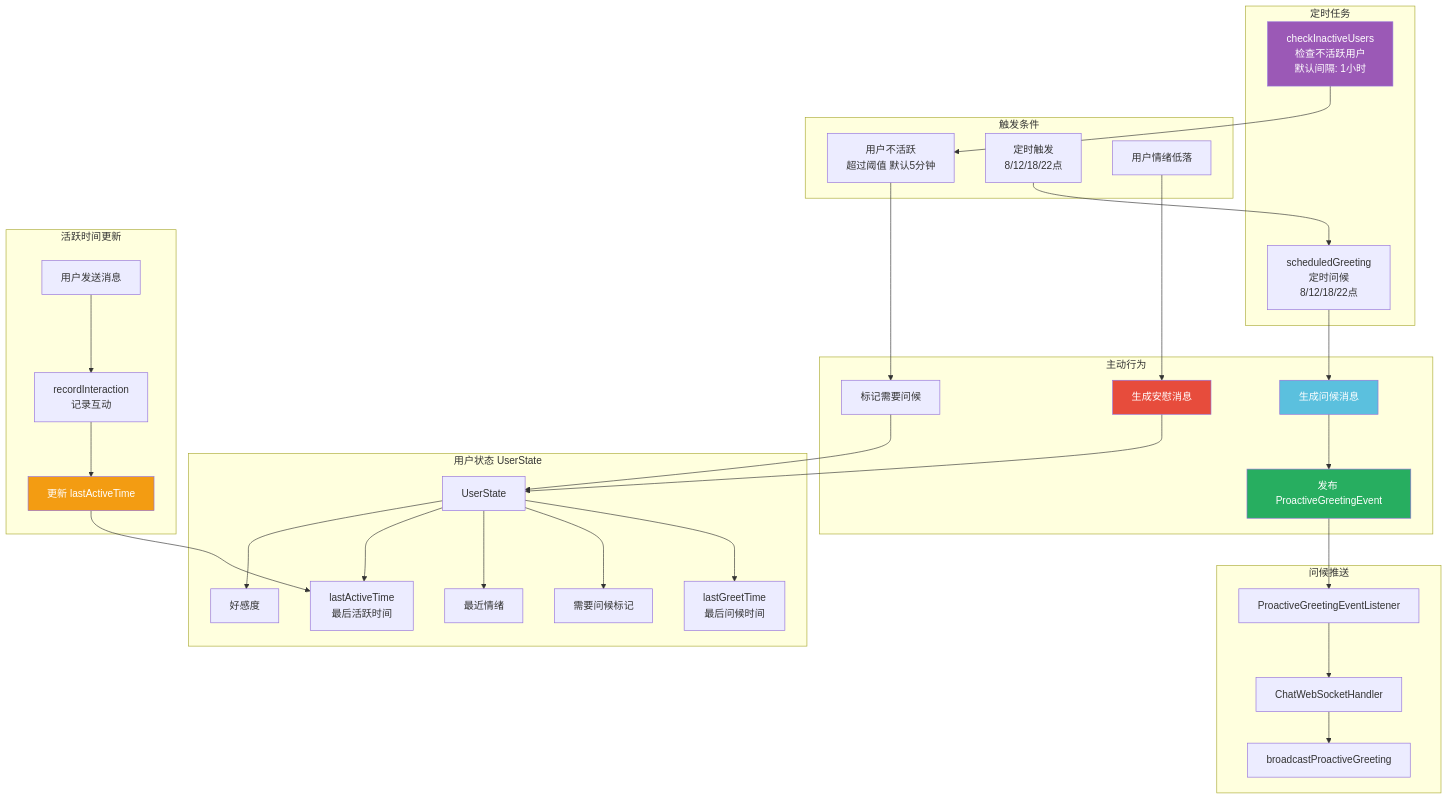
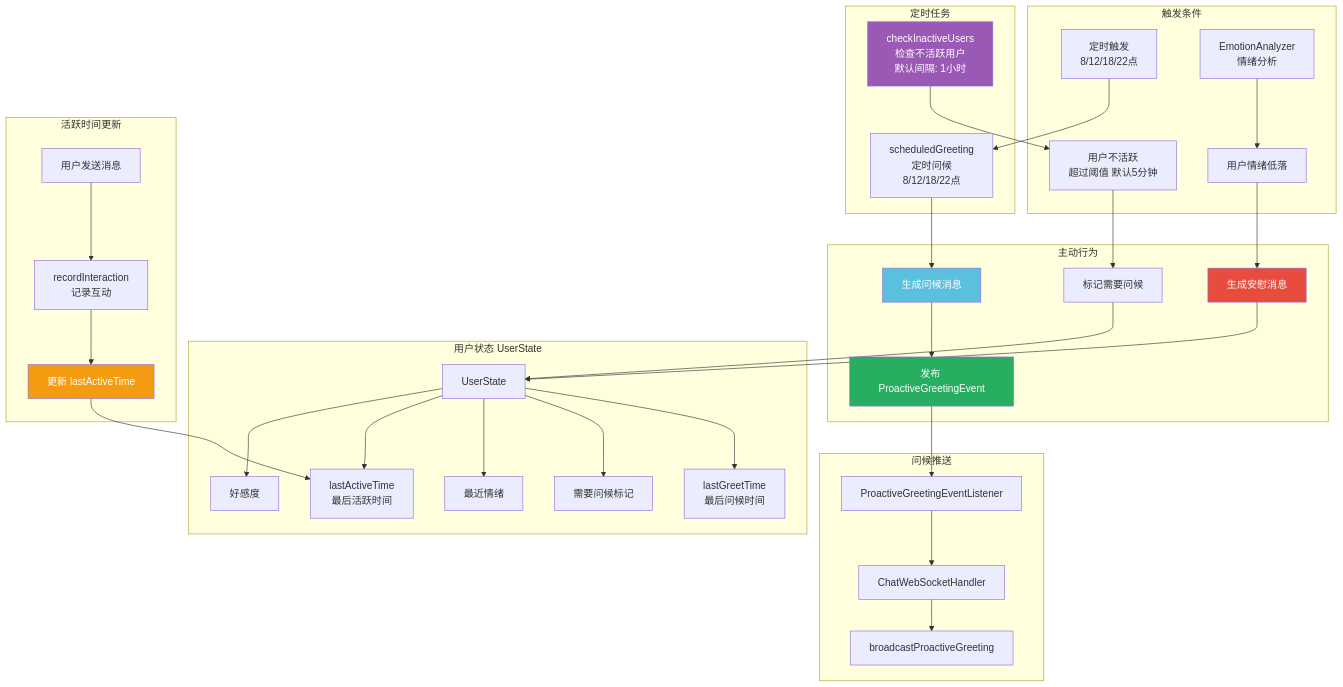
Before and after one commit to SailRuo/LingShu-AI: the seventh of 12 diagrams in doc/项目架构图.md, drawn with Mermaid. The commit also changed other lines of this file and 36 other files, not shown here.

````diff
--- a/doc/项目架构图.md
+++ b/doc/项目架构图.md
@@ -316,72 +318,74 @@
 ```mermaid
 graph TB
     subgraph "定时任务"
         CHECK[checkInactiveUsers<br/>检查不活跃用户<br/>默认间隔: 1小时]
         GREET[scheduledGreeting<br/>定时问候<br/>8/12/18/22点]
     end
 
     subgraph "触发条件"
         INACTIVE[用户不活跃<br/>超过阈值 默认5分钟]
         SCHEDULE[定时触发<br/>8/12/18/22点]
         EMOTION_NEG[用户情绪低落]
+        EMOTION_SVC[EmotionAnalyzer<br/>情绪分析]
     end
 
     subgraph "主动行为"
         GEN_GREET[生成问候消息]
         GEN_COMFORT[生成安慰消息]
         MARK[标记需要问候]
         EVENT[发布 ProactiveGreetingEvent]
     end
 
     subgraph "用户状态 UserState"
         STATE[UserState]
         AFFINITY[好感度]
         LAST_ACTIVE[lastActiveTime<br/>最后活跃时间]
         LAST_EMOTION[最近情绪]
         NEEDS_GREET[需要问候标记]
         LAST_GREET[lastGreetTime<br/>最后问候时间]
     end
 
     subgraph "活跃时间更新"
         CHAT[用户发送消息]
         RECORD[recordInteraction<br/>记录互动]
         UPDATE_TIME[更新 lastActiveTime]
     end
 
     subgraph "问候推送"
         LISTENER[ProactiveGreetingEventListener]
         WS_HANDLER[ChatWebSocketHandler]
         BROADCAST[broadcastProactiveGreeting]
     end
 
     CHAT --> RECORD
     RECORD --> UPDATE_TIME
     UPDATE_TIME --> LAST_ACTIVE
 
     CHECK --> INACTIVE
     INACTIVE --> MARK
     MARK --> STATE
 
     SCHEDULE --> GREET
     GREET --> GEN_GREET
     GEN_GREET --> EVENT
     
+    EMOTION_SVC --> EMOTION_NEG
     EMOTION_NEG --> GEN_COMFORT
     GEN_COMFORT --> STATE
 
     EVENT --> LISTENER
     LISTENER --> WS_HANDLER
     WS_HANDLER --> BROADCAST
 
     STATE --> AFFINITY
     STATE --> LAST_ACTIVE
     STATE --> LAST_EMOTION
     STATE --> NEEDS_GREET
     STATE --> LAST_GREET
 
     style CHECK fill:#9b59b6,color:#fff
     style GEN_GREET fill:#5bc0de,color:#fff
     style GEN_COMFORT fill:#e74c3c,color:#fff
     style EVENT fill:#27ae60,color:#fff
     style UPDATE_TIME fill:#f39c12,color:#fff
 ```
````
